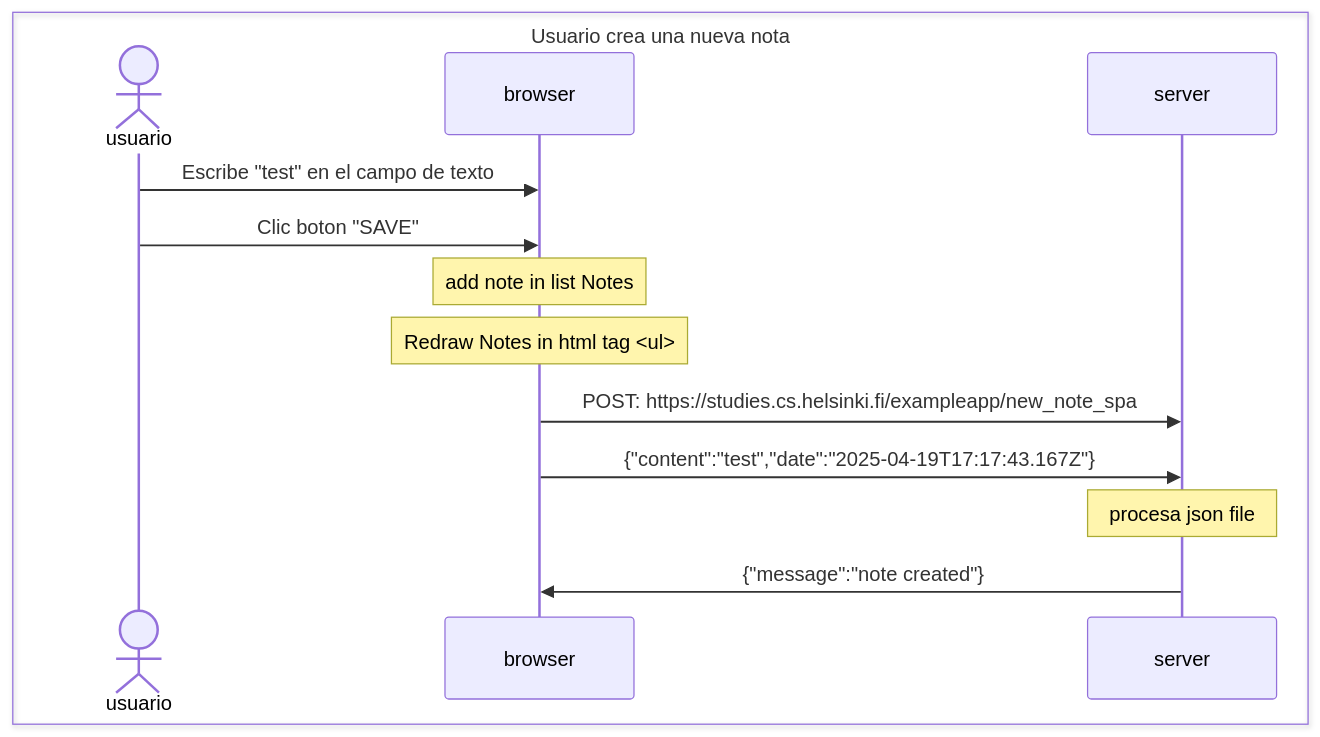
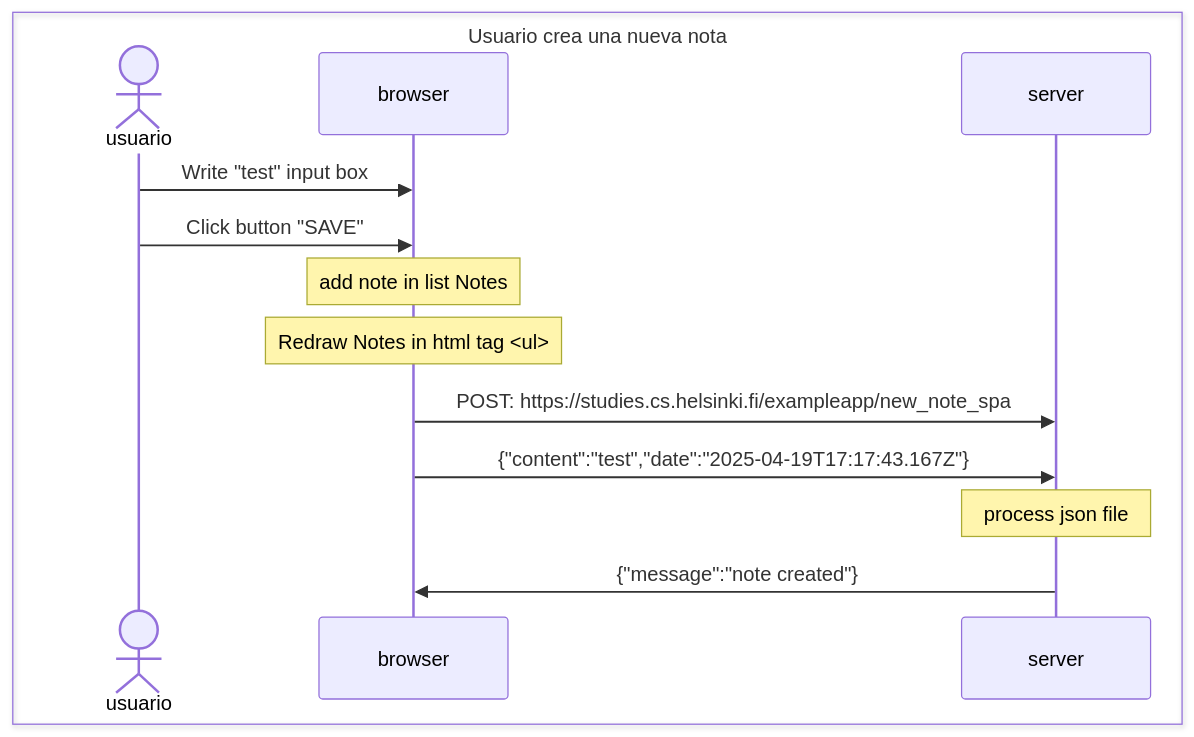
One commit to xciencia/CourseFullStack changed the diagram in part1/ejercicio 0.4 Diagrama de secuencia de nueva nota.md. Above: the diagram before and after it, drawn with Mermaid.

Commit message:
- traslate message to english

````diff
--- a/part1/ejercicio 0.4 Diagrama de secuencia de nueva nota.md
+++ b/part1/ejercicio 0.4 Diagrama de secuencia de nueva nota.md
@@ -1,19 +1,19 @@
 ```mermaid
 sequenceDiagram
 box Usuario crea una nueva nota
     actor usuario as usuario
     participant browser as browser
     participant server as server
 end
-usuario->>browser: Escribe "test" en el campo de texto
-usuario->>browser: Clic boton "SAVE"
+usuario->>browser: Write "test" input box
+usuario->>browser: Click button "SAVE"
 Note over browser: add note in list Notes
 Note over browser: Redraw Notes in html tag <ul>
 
 browser->>server: POST: https://studies.cs.helsinki.fi/exampleapp/new_note_spa
 browser->>server: {"content":"test","date":"2025-04-19T17:17:43.167Z"}
-Note over server: procesa json file
+Note over server: process json file
 server->>browser: {"message":"note created"}
 
 
 ```
````
